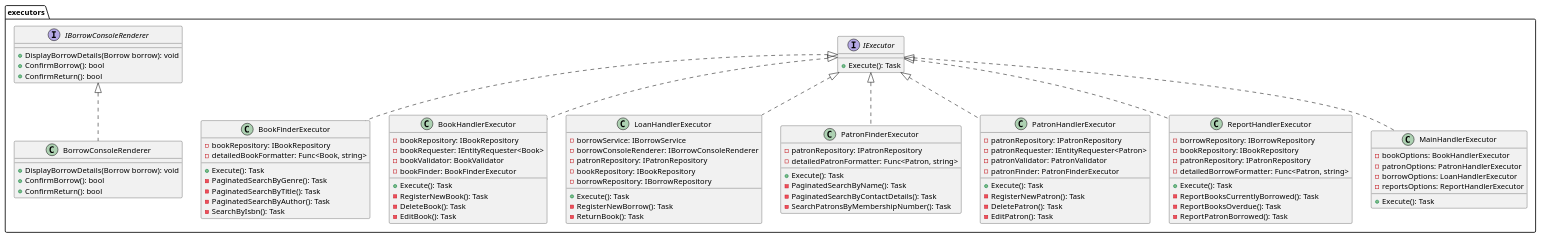
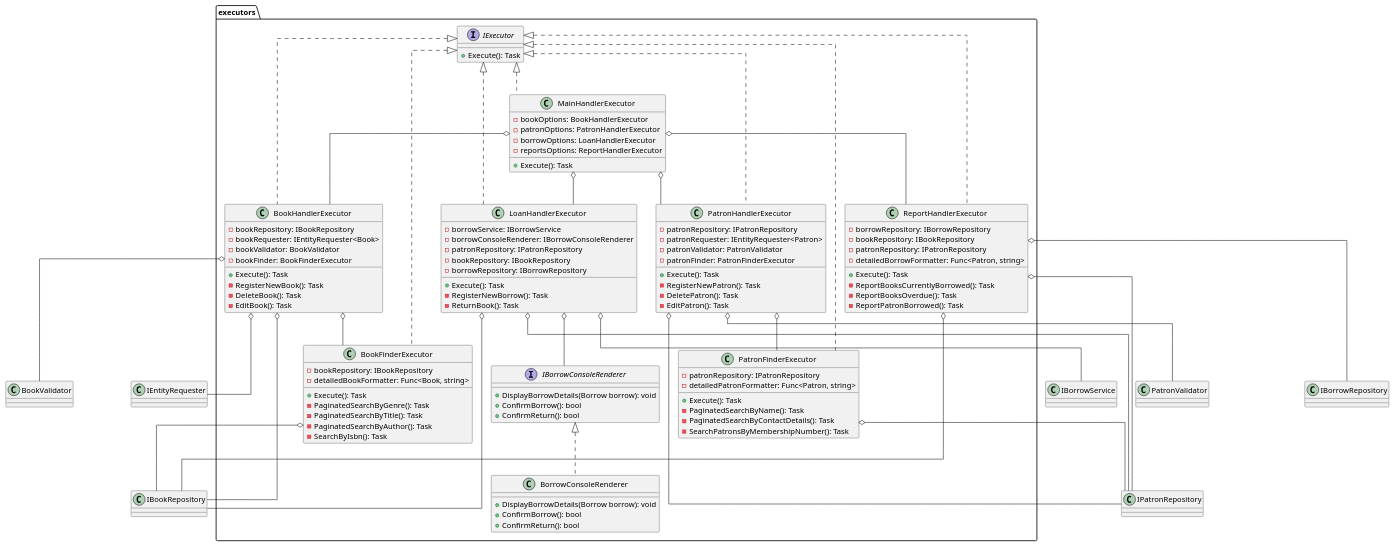
Before and after one commit to programacion-6/Opcion1LosBorbotones: the diagram in system-design/class-diagram/presentation/executors.puml, drawn with PlantUML. The commit also changed 10 other files, not shown here.

```diff
--- a/system-design/class-diagram/presentation/executors.puml
+++ b/system-design/class-diagram/presentation/executors.puml
@@ -1,101 +1,127 @@
 @startuml
+skinparam linetype ortho
+
 package executors {
-  class BookFinderExecutor {
-        -  bookRepository: IBookRepository
-        -  detailedBookFormatter: Func<Book, string>
-        +  Execute(): Task
-        -  PaginatedSearchByGenre(): Task
-        -  PaginatedSearchByTitle(): Task
-        -  PaginatedSearchByAuthor(): Task
-        -  SearchByIsbn(): Task
-    }
+    class BookFinderExecutor {
+            -  bookRepository: IBookRepository
+            -  detailedBookFormatter: Func<Book, string>
+            +  Execute(): Task
+            -  PaginatedSearchByGenre(): Task
+            -  PaginatedSearchByTitle(): Task
+            -  PaginatedSearchByAuthor(): Task
+            -  SearchByIsbn(): Task
+        }
 
+    class BookHandlerExecutor {
+            -  bookRepository: IBookRepository
+            -  bookRequester: IEntityRequester<Book>
+            -  bookValidator: BookValidator
+            -  bookFinder: BookFinderExecutor
+            +  Execute(): Task
+            -  RegisterNewBook(): Task
+            -  DeleteBook(): Task
+            -  EditBook(): Task
+        }
 
- class BookHandlerExecutor {
-        -  bookRepository: IBookRepository
-        -  bookRequester: IEntityRequester<Book>
-        -  bookValidator: BookValidator
-        -  bookFinder: BookFinderExecutor
-        +  Execute(): Task
-        -  RegisterNewBook(): Task
-        -  DeleteBook(): Task
-        -  EditBook(): Task
-    }
+    class LoanHandlerExecutor {
+            -  borrowService: IBorrowService
+            -  borrowConsoleRenderer: IBorrowConsoleRenderer
+            -  patronRepository: IPatronRepository
+            -  bookRepository: IBookRepository
+            -  borrowRepository: IBorrowRepository
+            +  Execute(): Task
+            -  RegisterNewBorrow(): Task
+            -  ReturnBook(): Task
+        }
 
+     class PatronFinderExecutor {
+            -  patronRepository: IPatronRepository
+            -  detailedPatronFormatter: Func<Patron, string>
+            +  Execute(): Task
+            -  PaginatedSearchByName(): Task
+            -  PaginatedSearchByContactDetails(): Task
+            -  SearchPatronsByMembershipNumber(): Task
+        }
 
- class LoanHandlerExecutor {
-        -  borrowService: IBorrowService
-        -  borrowConsoleRenderer: IBorrowConsoleRenderer
-        -  patronRepository: IPatronRepository
-        -  bookRepository: IBookRepository
-        -  borrowRepository: IBorrowRepository
-        +  Execute(): Task
-        -  RegisterNewBorrow(): Task
-        -  ReturnBook(): Task
-    }
+     class PatronHandlerExecutor {
+            -  patronRepository: IPatronRepository
+            -  patronRequester: IEntityRequester<Patron>
+            -  patronValidator: PatronValidator
+            -  patronFinder: PatronFinderExecutor
+            +  Execute(): Task
+            -  RegisterNewPatron(): Task
+            -  DeletePatron(): Task
+            -  EditPatron(): Task
+        }
 
+     class ReportHandlerExecutor {
+            -  borrowRepository: IBorrowRepository
+            -  bookRepository: IBookRepository
+            -  patronRepository: IPatronRepository
+            -  detailedBorrowFormatter: Func<Patron, string>
+            +  Execute(): Task
+            -  ReportBooksCurrentlyBorrowed(): Task
+            -  ReportBooksOverdue(): Task
+            -  ReportPatronBorrowed(): Task
+        }
 
+     class MainHandlerExecutor {
+            - bookOptions: BookHandlerExecutor
+            - patronOptions: PatronHandlerExecutor
+            - borrowOptions: LoanHandlerExecutor
+            - reportsOptions: ReportHandlerExecutor
+            +  Execute(): Task
+        }
+    MainHandlerExecutor o-- BookHandlerExecutor
+    MainHandlerExecutor o-- PatronHandlerExecutor
+    MainHandlerExecutor o-- LoanHandlerExecutor
+    MainHandlerExecutor o-- ReportHandlerExecutor
 
- class PatronFinderExecutor {
-        -  patronRepository: IPatronRepository
-        -  detailedPatronFormatter: Func<Patron, string>
-        +  Execute(): Task
-        -  PaginatedSearchByName(): Task
-        -  PaginatedSearchByContactDetails(): Task
-        -  SearchPatronsByMembershipNumber(): Task
-    }
-
- class PatronHandlerExecutor {
-        -  patronRepository: IPatronRepository
-        -  patronRequester: IEntityRequester<Patron>
-        -  patronValidator: PatronValidator
-        -  patronFinder: PatronFinderExecutor
-        +  Execute(): Task
-        -  RegisterNewPatron(): Task
-        -  DeletePatron(): Task
-        -  EditPatron(): Task
-    }
-
- class ReportHandlerExecutor {
-        -  borrowRepository: IBorrowRepository
-        -  bookRepository: IBookRepository
-        -  patronRepository: IPatronRepository
-        -  detailedBorrowFormatter: Func<Patron, string>
-        +  Execute(): Task
-        -  ReportBooksCurrentlyBorrowed(): Task
-        -  ReportBooksOverdue(): Task
-        -  ReportPatronBorrowed(): Task
-    }
-
- class MainHandlerExecutor {
-        - bookOptions: BookHandlerExecutor
-        - patronOptions: PatronHandlerExecutor
-        - borrowOptions: LoanHandlerExecutor
-        - reportsOptions: ReportHandlerExecutor
-        +  Execute(): Task
-    }
     interface IExecutor {
         + Execute(): Task
     }
     IExecutor <|.. BookFinderExecutor
     IExecutor <|.. BookHandlerExecutor
     IExecutor <|.. LoanHandlerExecutor
     IExecutor <|.. PatronFinderExecutor
     IExecutor <|.. PatronHandlerExecutor
     IExecutor <|.. ReportHandlerExecutor
     IExecutor <|.. MainHandlerExecutor
 
- class BorrowConsoleRenderer {
-        + DisplayBorrowDetails(Borrow borrow): void
-        + ConfirmBorrow(): bool
-        + ConfirmReturn(): bool
-    }
+     class BorrowConsoleRenderer {
+            + DisplayBorrowDetails(Borrow borrow): void
+            + ConfirmBorrow(): bool
+            + ConfirmReturn(): bool
+        }
 
     interface IBorrowConsoleRenderer {
         + DisplayBorrowDetails(Borrow borrow): void
         + ConfirmBorrow(): bool
         + ConfirmReturn(): bool
     }
     IBorrowConsoleRenderer <|.. BorrowConsoleRenderer
 }
+
+PatronHandlerExecutor o-- PatronValidator
+PatronHandlerExecutor o-- IPatronRepository
+PatronHandlerExecutor o-- PatronFinderExecutor
+
+PatronFinderExecutor o-- IPatronRepository
+
+BookFinderExecutor o-- IBookRepository
+
+BookHandlerExecutor o-- IBookRepository
+BookHandlerExecutor o-- IEntityRequester
+BookHandlerExecutor o-- BookValidator
+BookHandlerExecutor o-- BookFinderExecutor
+
+LoanHandlerExecutor o-- IBorrowService
+LoanHandlerExecutor o-- IBorrowConsoleRenderer
+LoanHandlerExecutor o-- IPatronRepository
+LoanHandlerExecutor o-- IBookRepository
+
+ReportHandlerExecutor o-- IBorrowRepository
+ReportHandlerExecutor o-- IBookRepository
+ReportHandlerExecutor o-- IPatronRepository
+
 @enduml
```
